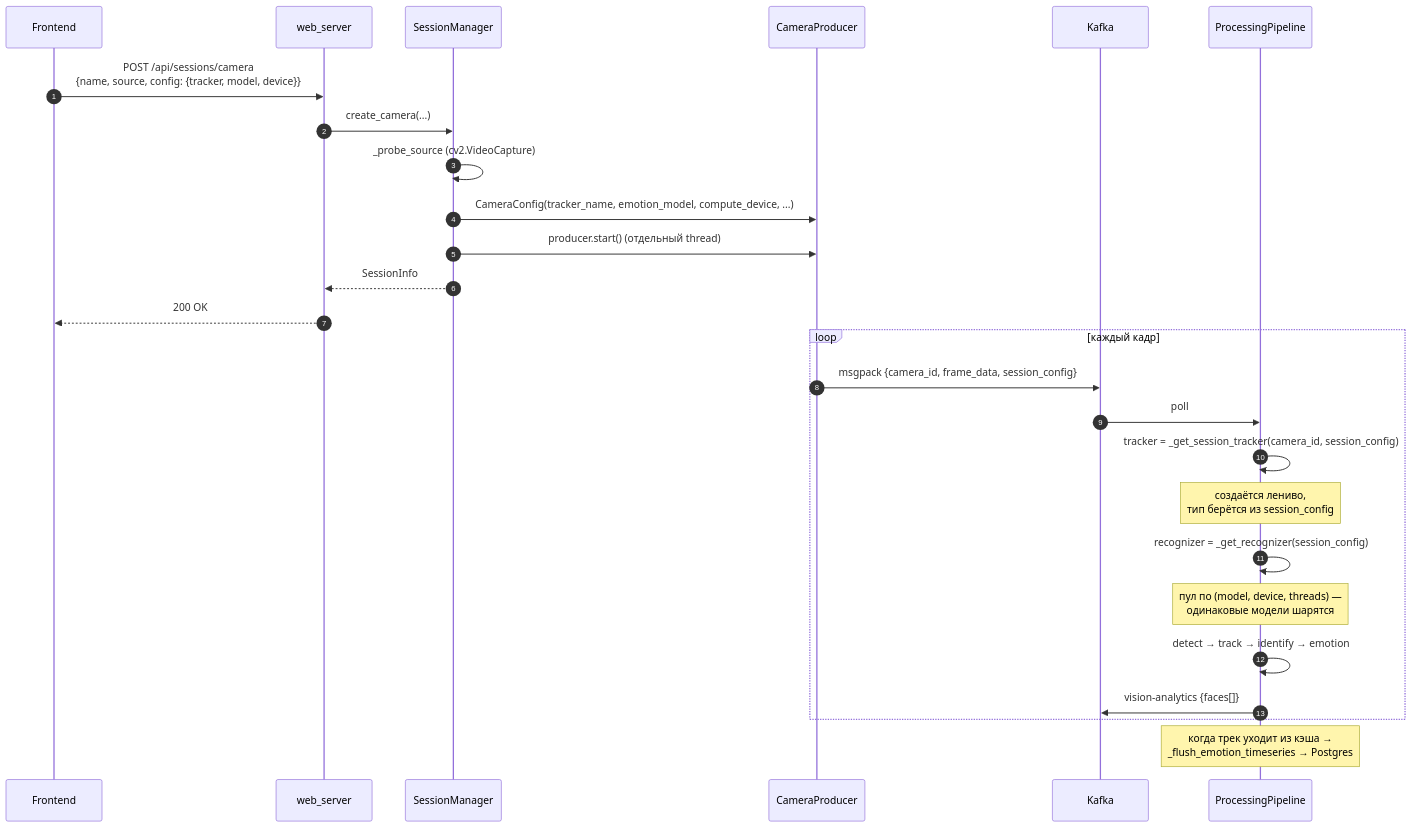
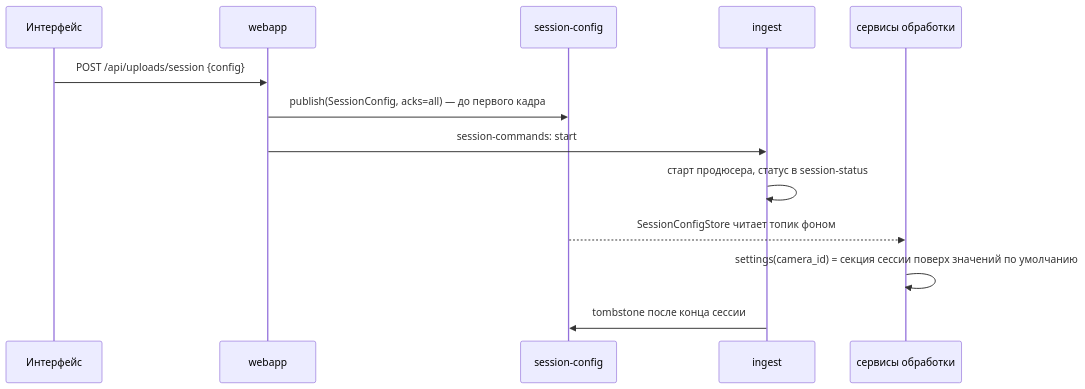
One commit to listussr/facial-emotion-analyzer changed the fifth of 5 diagrams in docs/ARCHITECTURE.md. Above: the diagram before and after it, drawn with Mermaid. The commit also changed other lines of this file and 107 other files, not shown here.

````diff
--- a/docs/ARCHITECTURE.md
+++ b/docs/ARCHITECTURE.md
@@ -198,31 +240,16 @@
 ```mermaid
 sequenceDiagram
-    autonumber
-    participant U as Frontend
-    participant W as web_server
-    participant SM as SessionManager
-    participant CP as CameraProducer
-    participant K as Kafka
-    participant P as ProcessingPipeline
+    participant UI as Интерфейс
+    participant W as webapp
+    participant K as session-config
+    participant I as ingest
+    participant S as сервисы обработки
 
-    U->>W: POST /api/sessions/camera<br/>{name, source, config: {tracker, model, device}}
-    W->>SM: create_camera(...)
-    SM->>SM: _probe_source (cv2.VideoCapture)
-    SM->>CP: CameraConfig(tracker_name, emotion_model, compute_device, ...)
-    SM->>CP: producer.start()  (отдельный thread)
-    SM-->>W: SessionInfo
-    W-->>U: 200 OK
-
-    loop каждый кадр
-        CP->>K: msgpack {camera_id, frame_data, session_config}
-        K->>P: poll
-        P->>P: tracker = _get_session_tracker(camera_id, session_config)
-        Note over P: создаётся лениво,<br/>тип берётся из session_config
-        P->>P: recognizer = _get_recognizer(session_config)
-        Note over P: пул по (model, device, threads) —<br/>одинаковые модели шарятся
-        P->>P: detect → track → identify → emotion
-        P->>K: vision-analytics {faces[]}
-    end
-
-    Note over P: когда трек уходит из кэша →<br/>_flush_emotion_timeseries → Postgres
+    UI->>W: POST /api/uploads/session {config}
+    W->>K: publish(SessionConfig, acks=all) — до первого кадра
+    W->>I: session-commands: start
+    I->>I: старт продюсера, статус в session-status
+    K-->>S: SessionConfigStore читает топик фоном
+    S->>S: settings(camera_id) = секция сессии поверх значений по умолчанию
+    I->>K: tombstone после конца сессии
 ```
````
